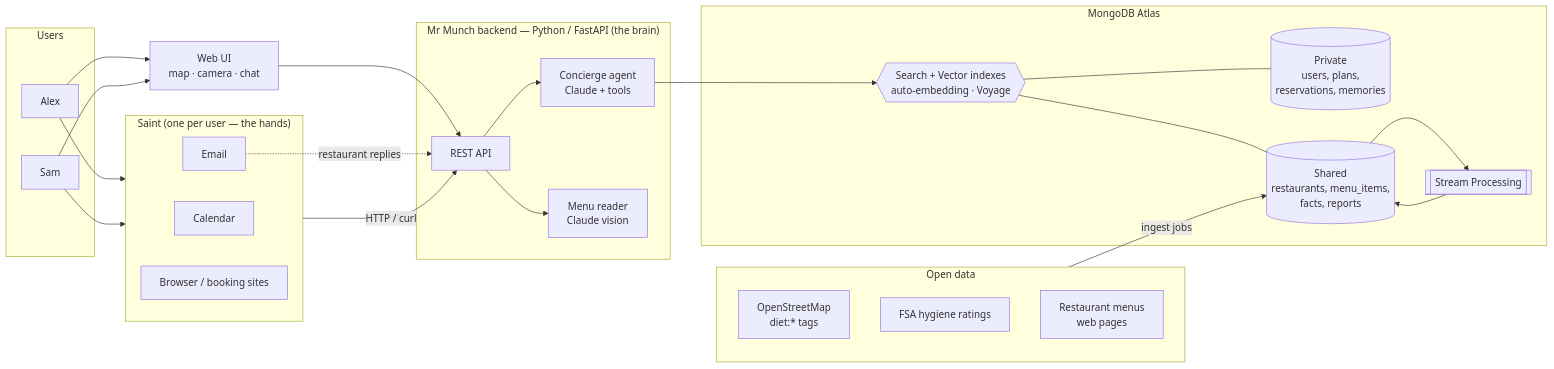
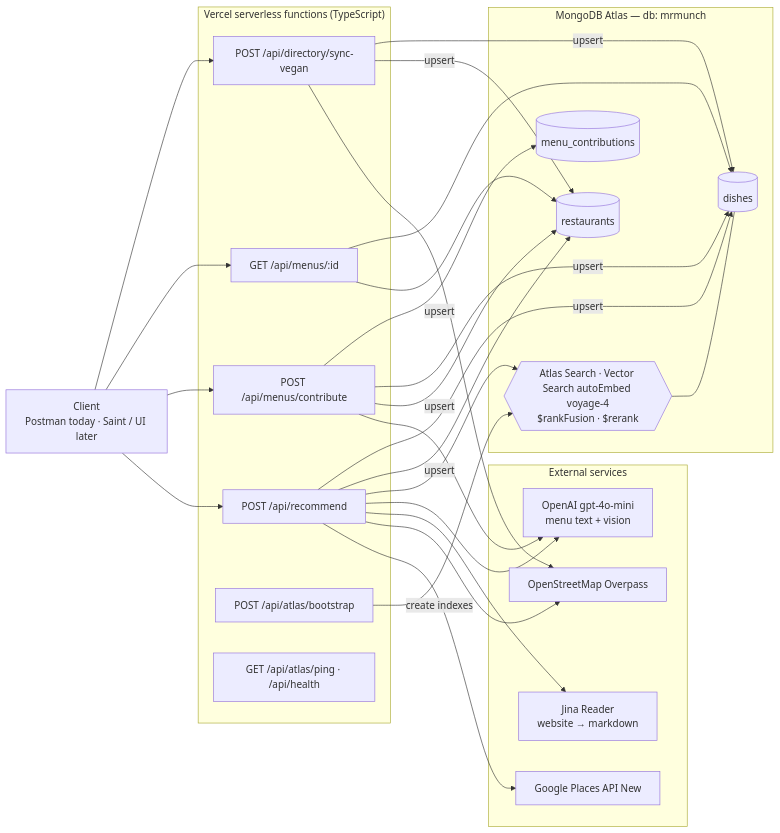
The first of 2 diagrams in docs/DESIGN.md (0xr3x/mr-munch), drawn with Mermaid before and after one commit. The commit also changed other lines of this file, not shown here.

````diff
--- a/docs/DESIGN.md
+++ b/docs/DESIGN.md
@@ -35,44 +47,39 @@
 ```mermaid
 flowchart LR
-    subgraph Users
-        A[Alex] 
-        S[Sam]
+    C[Client<br/>Postman today · Saint / UI later]
+
+    subgraph Vercel["Vercel serverless functions (TypeScript)"]
+        REC["POST /api/recommend"]
+        CON["POST /api/menus/contribute"]
+        MEN["GET /api/menus/:id"]
+        SYNC["POST /api/directory/sync-vegan"]
+        BOOT["POST /api/atlas/bootstrap"]
+        PING["GET /api/atlas/ping · /api/health"]
     end
 
-    subgraph Saint["Saint (one per user — the hands)"]
-        SE[Email]
-        SC[Calendar]
-        SB[Browser / booking sites]
+    subgraph External["External services"]
+        GP[Google Places API New]
+        OSM[OpenStreetMap Overpass]
+        JINA[Jina Reader<br/>website → markdown]
+        OAI[OpenAI gpt-4o-mini<br/>menu text + vision]
     end
 
-    subgraph App["Mr Munch backend — Python / FastAPI (the brain)"]
-        API[REST API]
-        AG[Concierge agent<br/>Claude + tools]
-        MR[Menu reader<br/>Claude vision]
+    subgraph Atlas["MongoDB Atlas — db: mrmunch"]
+        R[(restaurants)]
+        D[(dishes)]
+        MC[(menu_contributions)]
+        IDX{{Atlas Search · Vector Search autoEmbed voyage-4<br/>$rankFusion · $rerank}}
     end
 
-    subgraph Atlas["MongoDB Atlas"]
-        PRIV[(Private<br/>users, plans,<br/>reservations, memories)]
-        SHARED[(Shared<br/>restaurants, menu_items,<br/>facts, reports)]
-        SP[[Stream Processing]]
-        IDX{{Search + Vector indexes<br/>auto-embedding · Voyage}}
-    end
-
-    subgraph Open["Open data"]
-        OSM[OpenStreetMap<br/>diet:* tags]
-        FSA[FSA hygiene ratings]
-        WEB[Restaurant menus<br/>web pages]
-    end
-
-    A & S --> Saint
-    A & S --> UI[Web UI<br/>map · camera · chat]
-    UI --> API
-    Saint -->|HTTP / curl| API
-    API --> AG
-    API --> MR
-    AG --> IDX
-    IDX --- PRIV & SHARED
-    SHARED --> SP --> SHARED
-    Open -->|ingest jobs| SHARED
-    SE -.->|restaurant replies| API
+    C --> REC & CON & MEN & SYNC
+    REC --> GP & OSM & JINA & OAI
+    REC --> IDX
+    REC -->|upsert| R & D
+    SYNC --> OSM
+    SYNC -->|upsert| R & D
+    CON --> OAI
+    CON -->|upsert| R & D & MC
+    MEN --> R & D
+    BOOT -->|create indexes| IDX
+    IDX --- D
 ```
````
